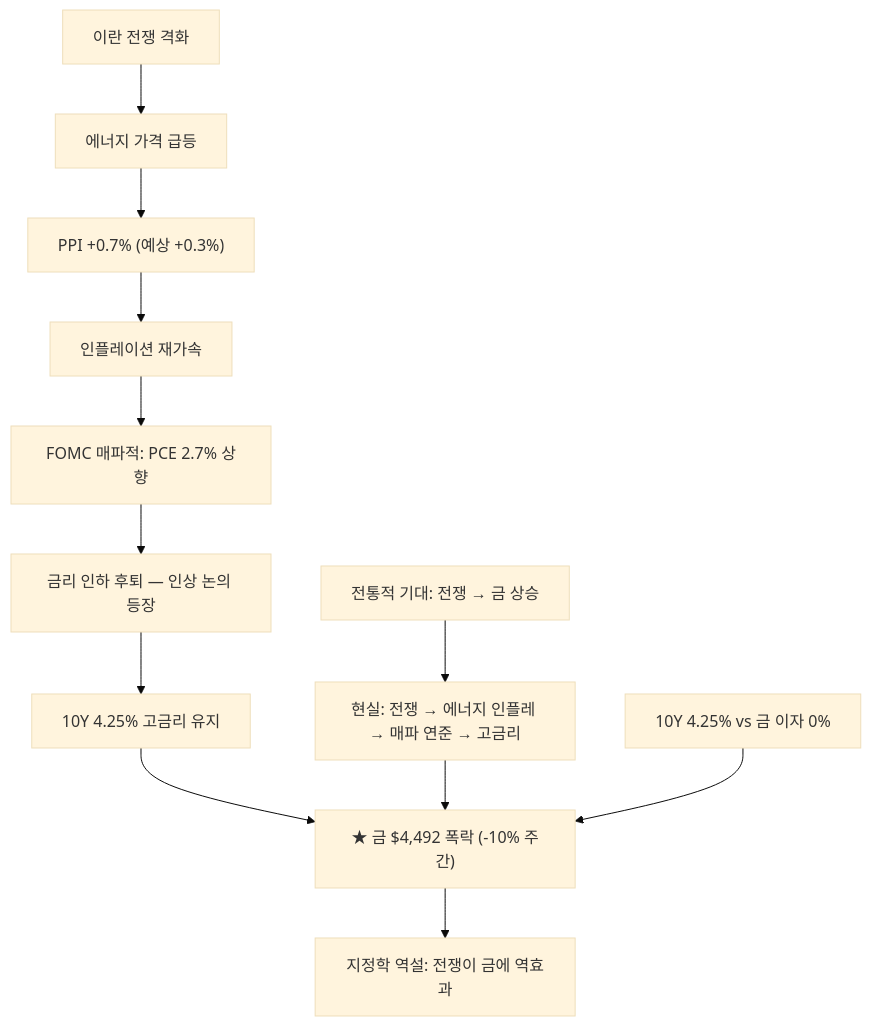
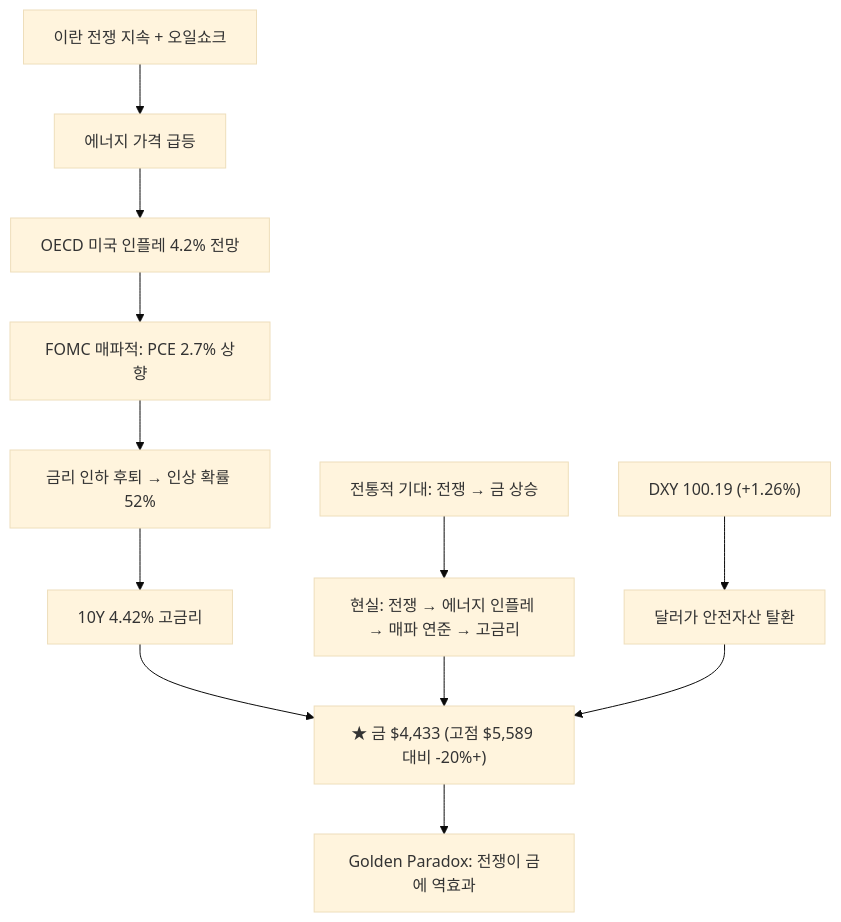
Before and after one commit to dss99911/dss99911.github.io: the first of 11 diagrams in _posts/knowledge/invest/2026-01-12-macroeconomic-policy-sector-outlook-2026.md, drawn with Mermaid (base theme). The commit also changed other lines of this file and 3 other files, not shown here.

````diff
--- a/_posts/knowledge/invest/2026-01-12-macroeconomic-policy-sector-outlook-2026.md
+++ b/_posts/knowledge/invest/2026-01-12-macroeconomic-policy-sector-outlook-2026.md
@@ -69,14 +62,14 @@
 ```mermaid
 graph TD
-    A["이란 전쟁 격화"] --> B["에너지 가격 급등"]
-    B --> C["PPI +0.7% #40;예상 +0.3%#41;"]
-    C --> D["인플레이션 재가속"]
-    D --> E["FOMC 매파적: PCE 2.7% 상향"]
-    E --> F["금리 인하 후퇴 — 인상 논의 등장"]
-    F --> G["10Y 4.25% 고금리 유지"]
-    G --> H["★ 금 $4,492 폭락 #40;-10% 주간#41;"]
-    I["전통적 기대: 전쟁 → 금 상승"] --> J["현실: 전쟁 → 에너지 인플레 → 매파 연준 → 고금리"]
-    J --> H
-    H --> K["지정학 역설: 전쟁이 금에 역효과"]
-    L["10Y 4.25% vs 금 이자 0%"] --> H
+    A["이란 전쟁 지속 + 오일쇼크"] --> B["에너지 가격 급등"]
+    B --> C["OECD 미국 인플레 4.2% 전망"]
+    C --> D["FOMC 매파적: PCE 2.7% 상향"]
+    D --> E["금리 인하 후퇴 → 인상 확률 52%"]
+    E --> F["10Y 4.42% 고금리"]
+    F --> G["★ 금 $4,433 #40;고점 $5,589 대비 -20%+#41;"]
+    H["전통적 기대: 전쟁 → 금 상승"] --> I["현실: 전쟁 → 에너지 인플레 → 매파 연준 → 고금리"]
+    I --> G
+    G --> J["Golden Paradox: 전쟁이 금에 역효과"]
+    K["DXY 100.19 #40;+1.26%#41;"] --> L["달러가 안전자산 탈환"]
+    L --> G
 ```
````
